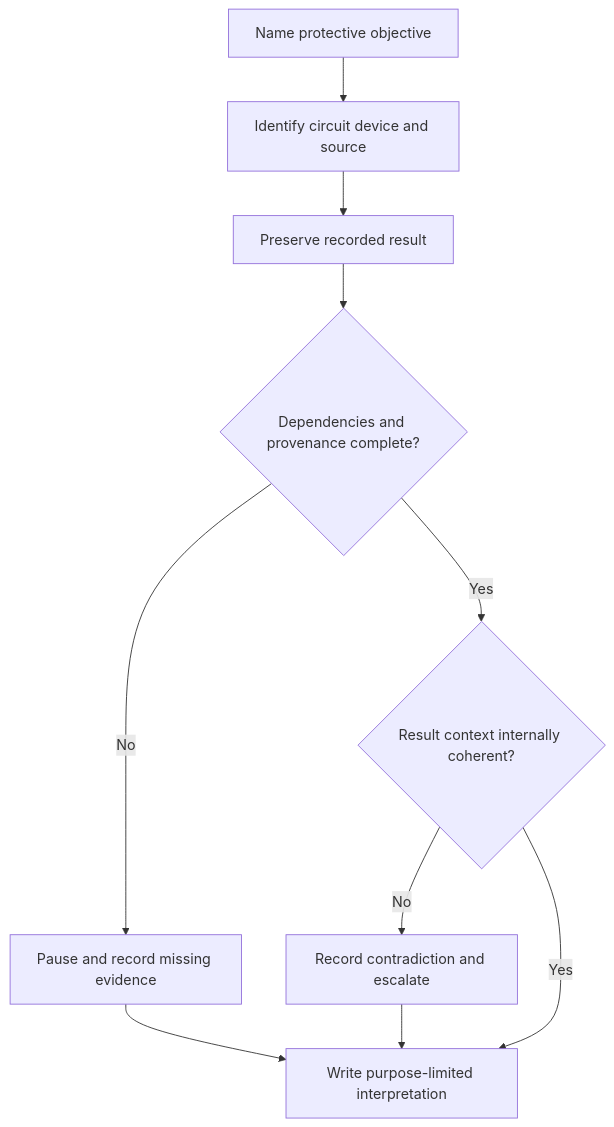
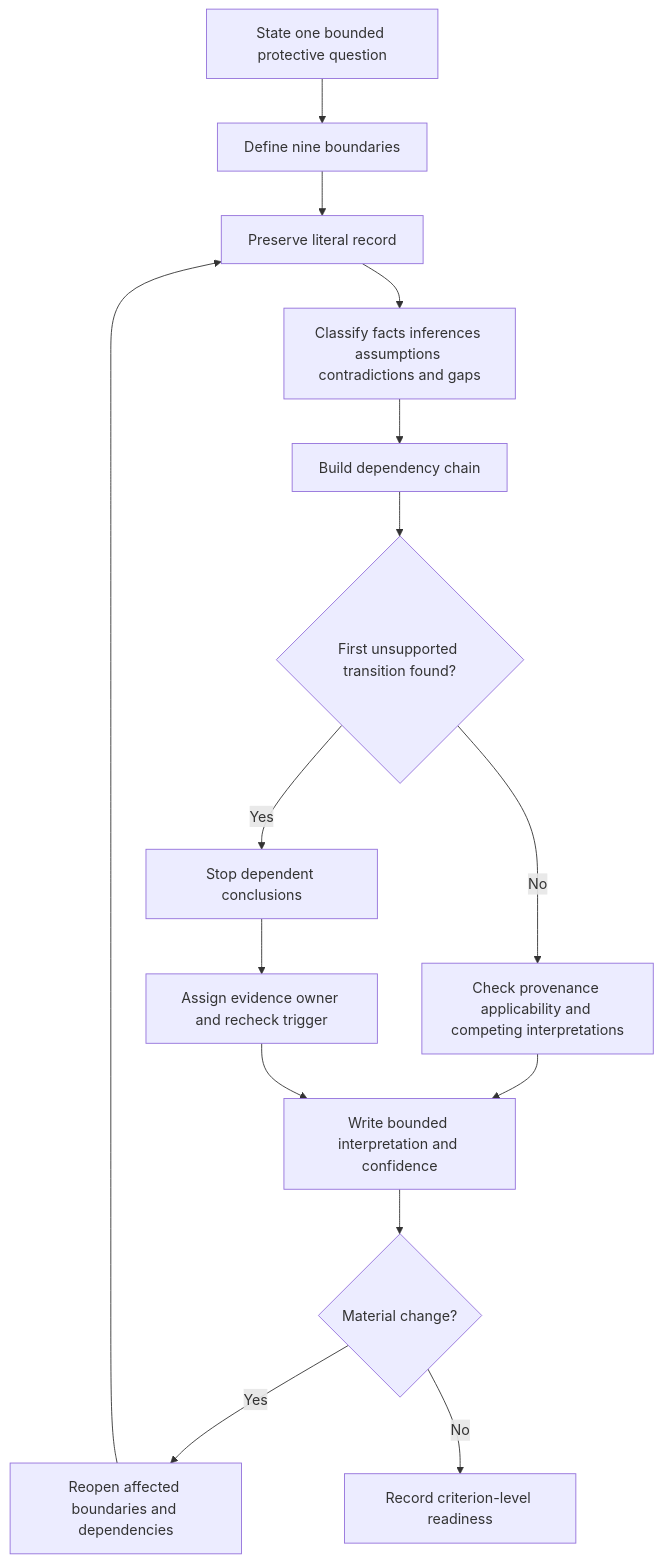
Before and after one commit to andrew3stedall/capstone: the first of 2 diagrams in docs/learning-plans/12-week/modules/day-66-fault-loop-and-rcd-result-interpretation-at-concept-level.md, drawn with Mermaid. The commit also changed other lines of this file and 3 other files, not shown here.

Commit message:
Improve Day 66 protective evidence interpretation

````diff
--- a/docs/learning-plans/12-week/modules/day-66-fault-loop-and-rcd-result-interpretation-at-concept-level.md
+++ b/docs/learning-plans/12-week/modules/day-66-fault-loop-and-rcd-result-interpretation-at-concept-level.md
@@ -69,12 +109,17 @@
 ```mermaid
 flowchart TD
-  A[Name protective objective] --> B[Identify circuit device and source]
-  B --> C[Preserve recorded result]
-  C --> D{Dependencies and provenance complete?}
-  D -->|No| E[Pause and record missing evidence]
-  D -->|Yes| F{Result context internally coherent?}
-  F -->|No| G[Record contradiction and escalate]
-  F -->|Yes| H[Write purpose-limited interpretation]
-  E --> H
-  G --> H
+  A[State one bounded protective question] --> B[Define nine boundaries]
+  B --> C[Preserve literal record]
+  C --> D[Classify facts inferences assumptions contradictions and gaps]
+  D --> E[Build dependency chain]
+  E --> F{First unsupported transition found?}
+  F -->|Yes| G[Stop dependent conclusions]
+  F -->|No| H[Check provenance applicability and competing interpretations]
+  G --> I[Assign evidence owner and recheck trigger]
+  H --> J[Write bounded interpretation and confidence]
+  I --> J
+  J --> K{Material change?}
+  K -->|Yes| L[Reopen affected boundaries and dependencies]
+  K -->|No| M[Record criterion-level readiness]
+  L --> C
 ```
````
